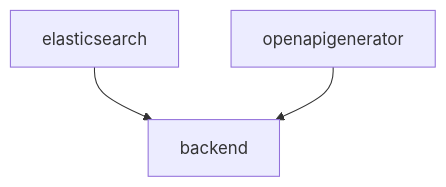
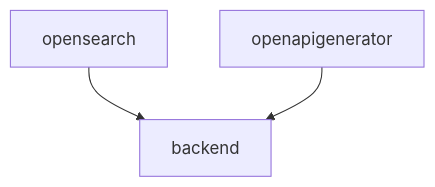
Before and after one commit to SciCatProject/scicatlive: the diagram in services/backend/services/v4/README.md, drawn with Mermaid. The commit also changed other lines of this file and 17 other files, not shown here.

First line of the commit message:
feat!: replace elasticsearch by opensearch (#797)

````diff
--- a/services/backend/services/v4/README.md
+++ b/services/backend/services/v4/README.md
@@ -45,5 +45,5 @@
 ```mermaid
 graph TD
-    elasticsearch --> backend
+    opensearch --> backend
     openapigenerator --> backend
 ```
````
